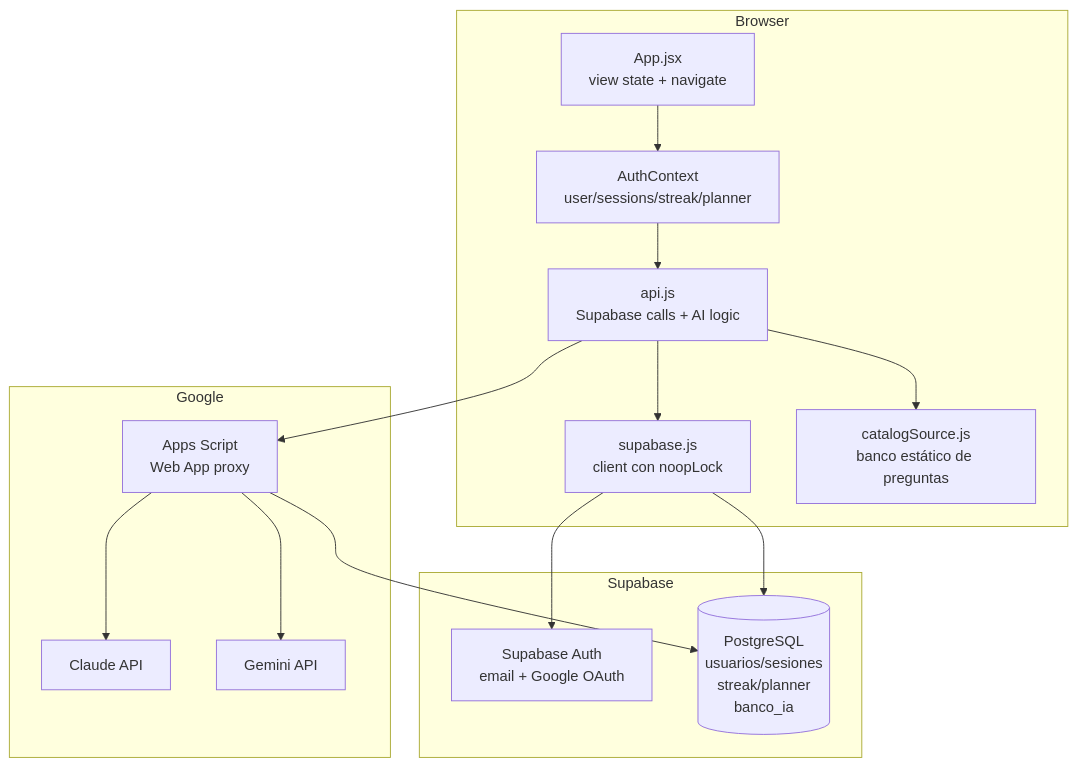
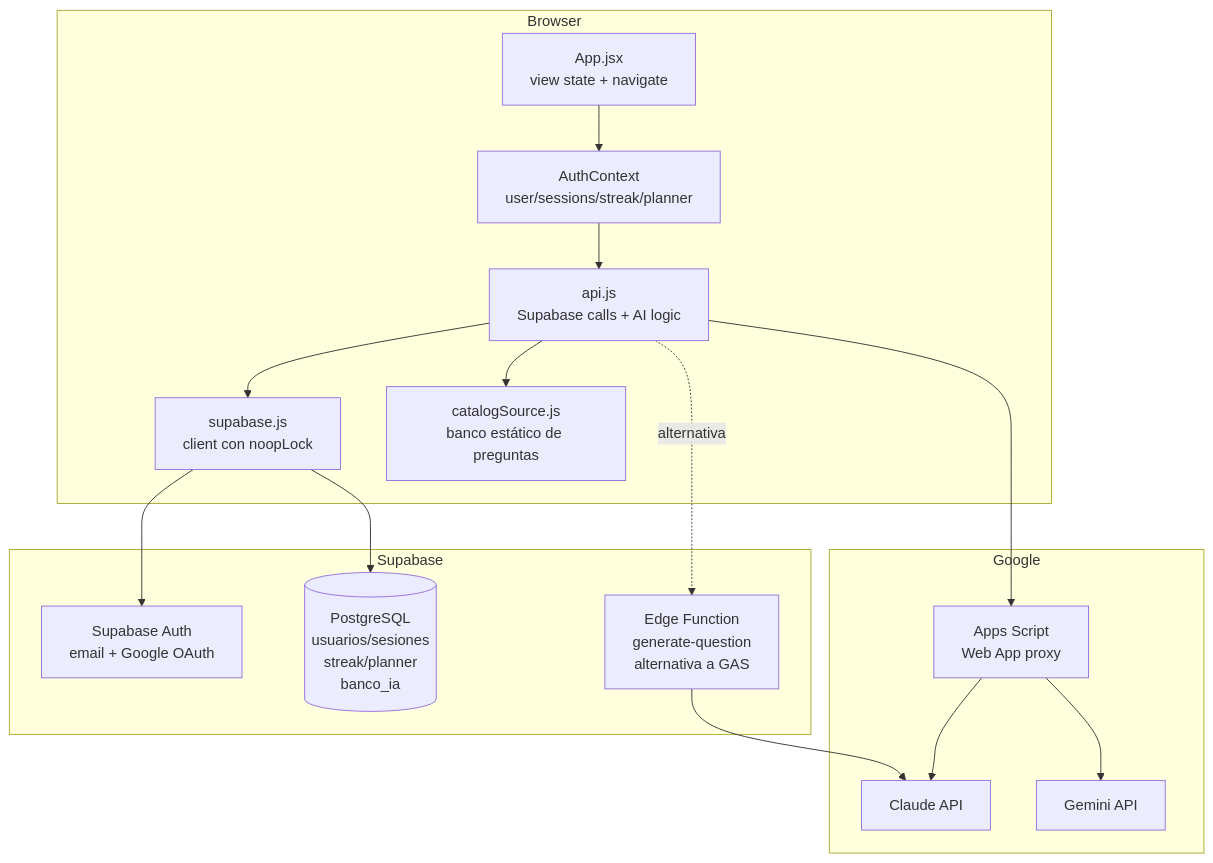
The first of 6 diagrams in docs/diagramas-arquitectura.md (rmendomi/paesappcodex), drawn with Mermaid before and after one commit. The commit also changed other lines of this file and 8 other files, not shown here.

First line of the commit message:
fix: agregar timeout y retry a Edge Function para resolver cuelgues de generación IA

````diff
--- a/docs/diagramas-arquitectura.md
+++ b/docs/diagramas-arquitectura.md
@@ -9,32 +9,34 @@
 ```mermaid
 graph TB
     subgraph Browser
         APP[App.jsx<br/>view state + navigate]
         AUTH[AuthContext<br/>user/sessions/streak/planner]
         API[api.js<br/>Supabase calls + AI logic]
         LIB[supabase.js<br/>client con noopLock]
         CAT[catalogSource.js<br/>banco estático de preguntas]
     end
 
     subgraph Supabase
         SBAUTH[Supabase Auth<br/>email + Google OAuth]
         DB[(PostgreSQL<br/>usuarios/sesiones<br/>streak/planner<br/>banco_ia)]
+        EDGE[Edge Function<br/>generate-question<br/>alternativa a GAS]
     end
 
     subgraph Google
         GAS[Apps Script<br/>Web App proxy]
         CLAUDE[Claude API]
         GEMINI[Gemini API]
     end
 
     APP --> AUTH
     AUTH --> API
     API --> LIB
     LIB --> SBAUTH
     LIB --> DB
     API --> CAT
     API --> GAS
+    API -.->|alternativa| EDGE
     GAS --> CLAUDE
     GAS --> GEMINI
-    GAS --> DB
+    EDGE --> CLAUDE
 ```
````
